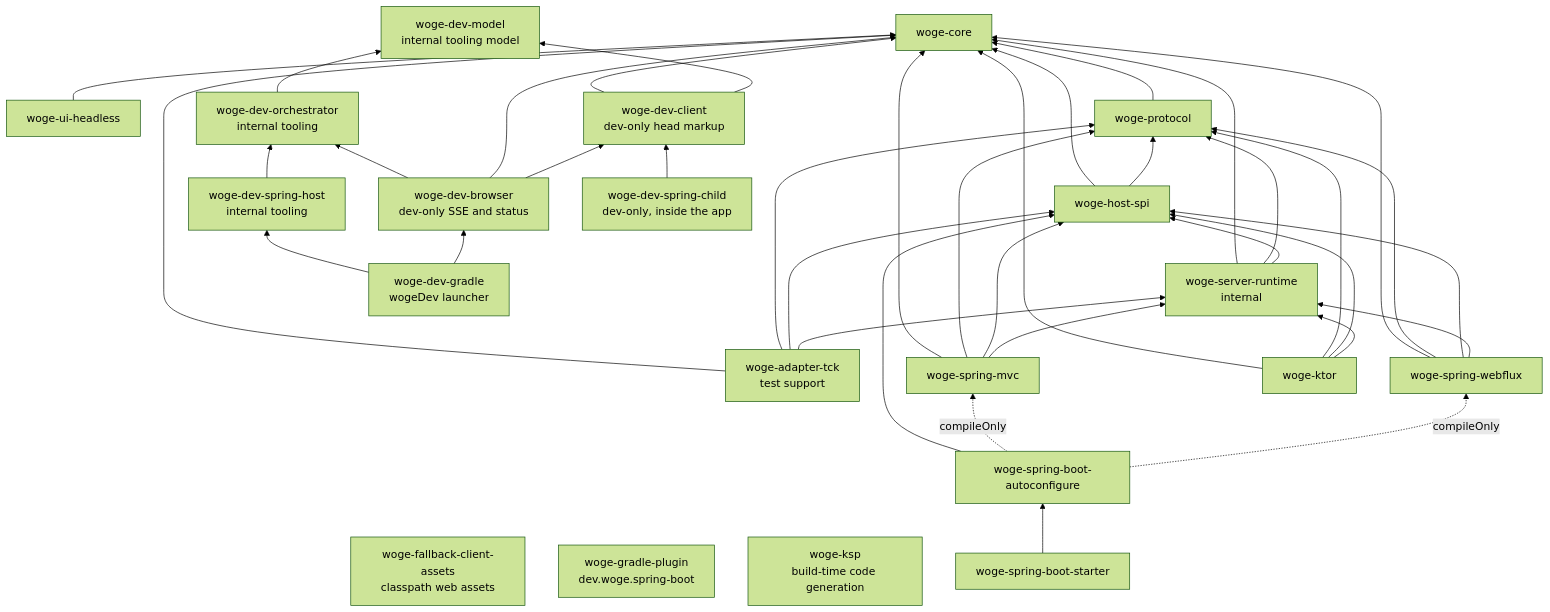
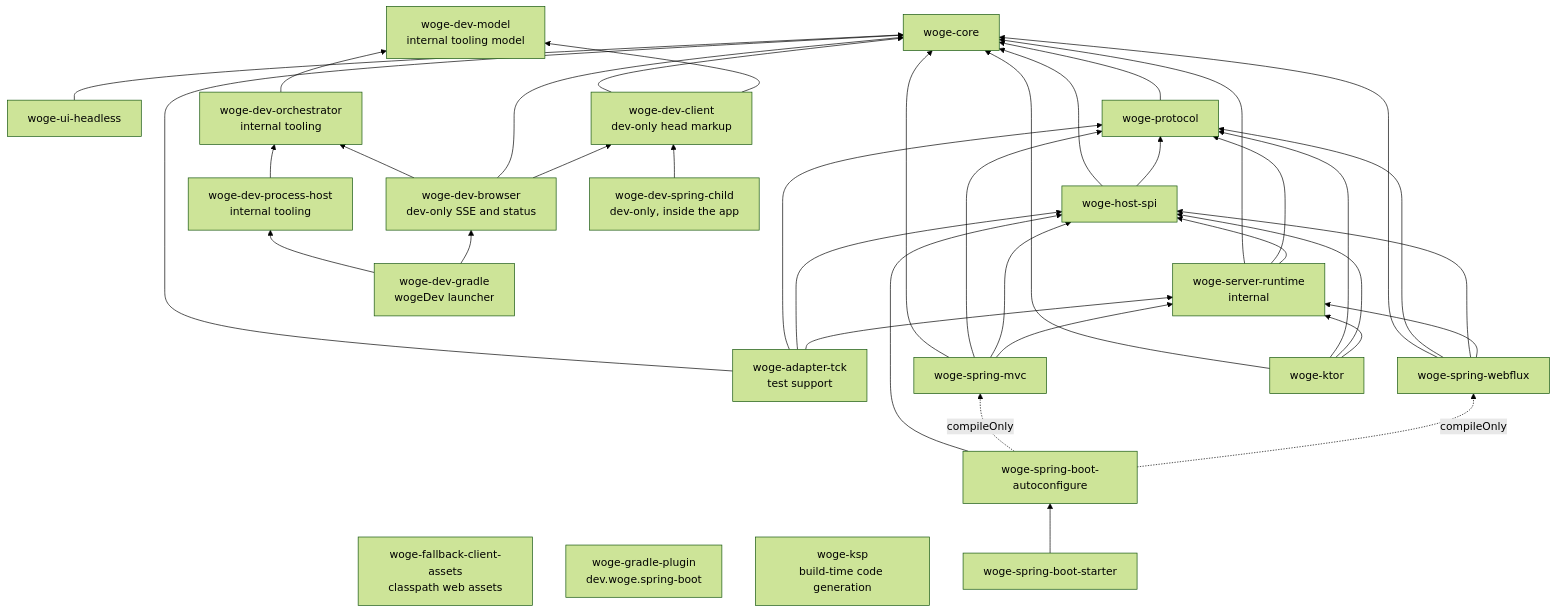
The diagram in docs/architecture/module-graph.md (christian-draeger/woge), drawn with Mermaid (forest theme) before and after one commit. The commit also changed other lines of this file and 30 other files, not shown here.

````diff
--- a/docs/architecture/module-graph.md
+++ b/docs/architecture/module-graph.md
@@ -8,44 +8,44 @@
 ```mermaid
 flowchart BT
     UI[woge-ui-headless] --> Core[woge-core]
     Assets[woge-fallback-client-assets<br/>classpath web assets]
     Protocol[woge-protocol] --> Core
     SPI[woge-host-spi] --> Core
     SPI --> Protocol
     Runtime[woge-server-runtime<br/>internal] --> Core
     Runtime --> Protocol
     Runtime --> SPI
     DevModel[woge-dev-model<br/>internal tooling model]
     DevOrchestrator[woge-dev-orchestrator<br/>internal tooling] --> DevModel
-    DevSpring[woge-dev-spring-host<br/>internal tooling] --> DevOrchestrator
+    DevProcess[woge-dev-process-host<br/>internal tooling] --> DevOrchestrator
     DevBrowser[woge-dev-browser<br/>dev-only SSE and status] --> DevOrchestrator
     DevBrowser --> Core
     DevBrowser --> DevClient
     DevClient[woge-dev-client<br/>dev-only head markup] --> Core
     DevClient --> DevModel
     DevChild[woge-dev-spring-child<br/>dev-only, inside the app] --> DevClient
-    DevGradle[woge-dev-gradle<br/>wogeDev launcher] --> DevSpring
+    DevGradle[woge-dev-gradle<br/>wogeDev launcher] --> DevProcess
     DevGradle --> DevBrowser
     GradlePlugin[woge-gradle-plugin<br/>dev.woge.spring-boot]
     Ksp[woge-ksp<br/>build-time code generation]
     TCK[woge-adapter-tck<br/>test support] --> Core
     TCK --> Protocol
     TCK --> SPI
     TCK --> Runtime
     MVC[woge-spring-mvc] --> Core
     MVC --> Protocol
     MVC --> SPI
     MVC --> Runtime
     WebFlux[woge-spring-webflux] --> Core
     WebFlux --> Protocol
     WebFlux --> SPI
     WebFlux --> Runtime
     Ktor[woge-ktor] --> Core
     Ktor --> Protocol
     Ktor --> SPI
     Ktor --> Runtime
     Auto[woge-spring-boot-autoconfigure] --> SPI
     Auto -. compileOnly .-> MVC
     Auto -. compileOnly .-> WebFlux
     Starter[woge-spring-boot-starter] --> Auto
 ```
````
